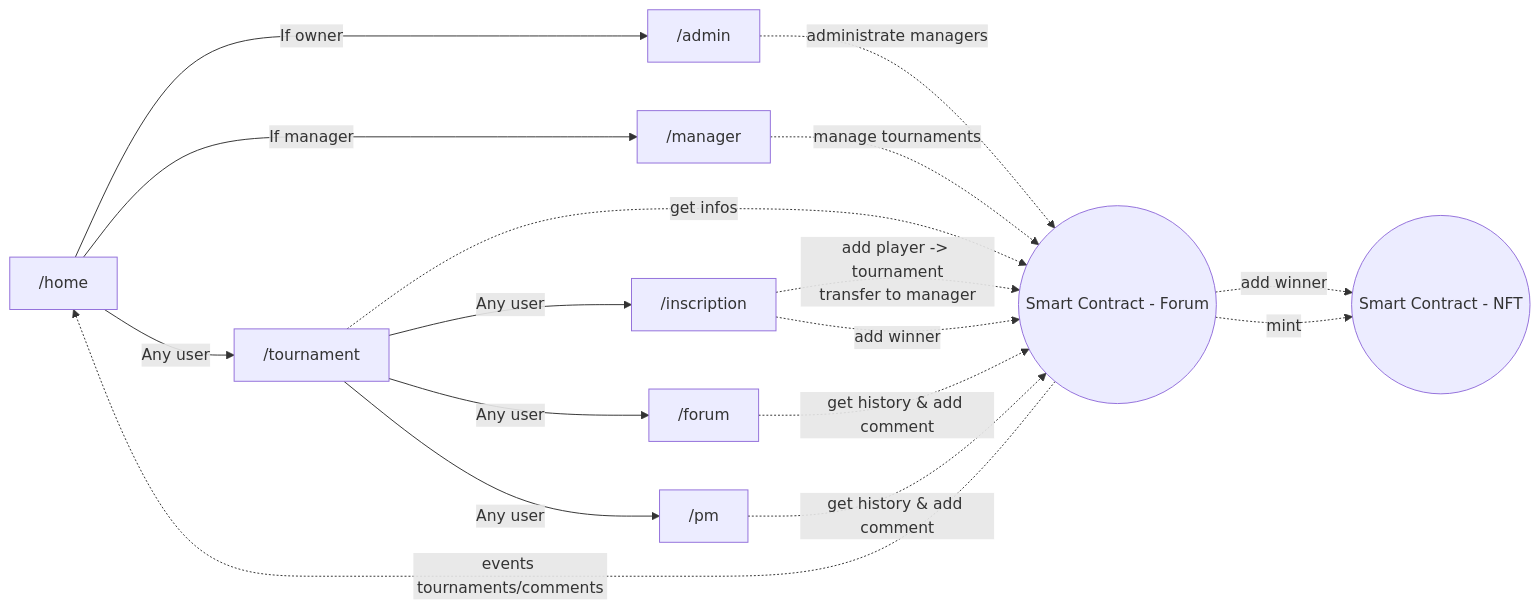
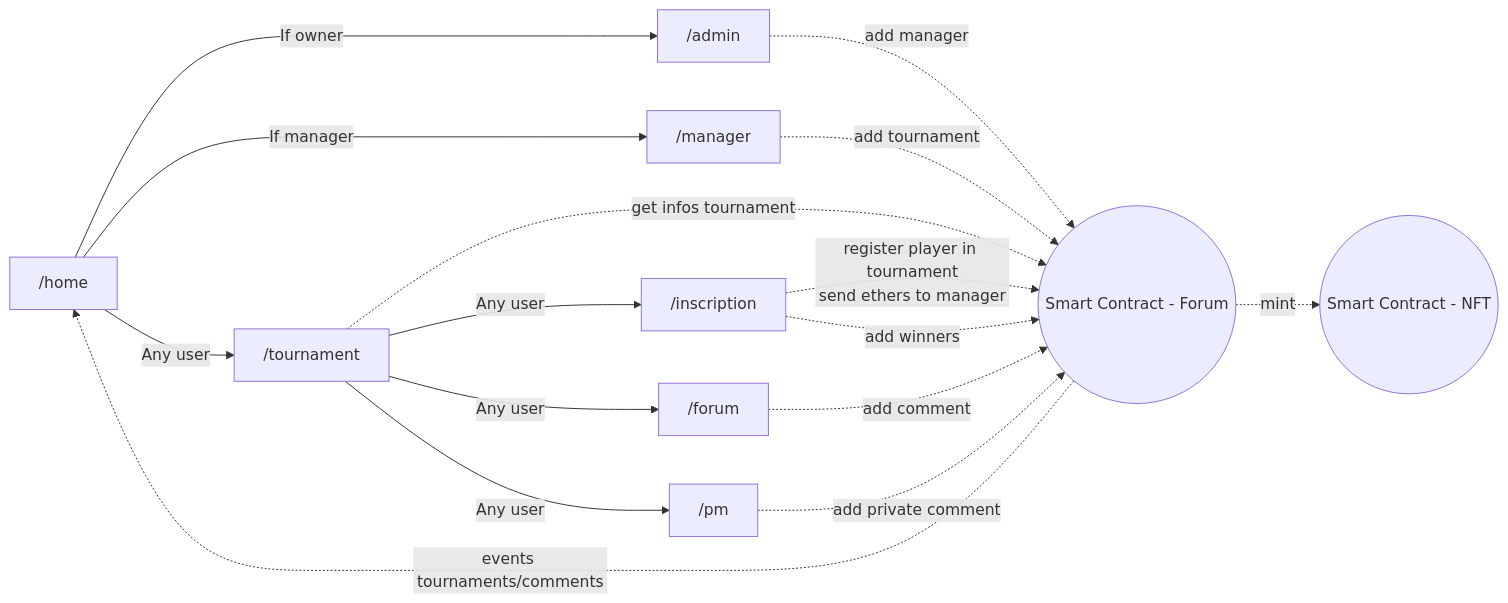
The diagram in README.md (mickablondo/PadelConnect), drawn with Mermaid before and after one commit.

Commit message:
schéma revu

````diff
--- a/README.md
+++ b/README.md
@@ -27,19 +27,18 @@
 ```mermaid
 flowchart >
     A[ /home] -->|If owner| B[ /admin]
     A -->|If manager| C[ /manager]
     A -->|Any user| D[ /tournament] 
     D -->|Any user| E[ /inscription]
     D -->|Any user| F[ /forum]
     D -->|Any user| G[ /pm]
-    B -.->|administrate managers| I((Smart Contract - Forum))
-    C -.->|manage tournaments| I
-    D -.->|get infos| I
-    E -.->|add player -> tournament<br/>transfer to manager| I
-    E -.->|add winner| I
-    F -.->|get history & add comment| I
-    G -.->|get history & add comment| I
-    I -.->|add winner| J((Smart Contract - NFT))
-    I -.->|mint| J
+    B -.->|add manager| I((Smart Contract - Forum))
+    C -.->|add tournament| I
+    D -.->|get infos tournament| I
+    E -.->|register player in tournament<br/>send ethers to manager| I
+    E -.->|add winners| I
+    F -.->|add comment| I
+    G -.->|add private comment| I
+    I -.->|mint| J((Smart Contract - NFT))
     I -.->|events tournaments/comments| A
 ```
````
